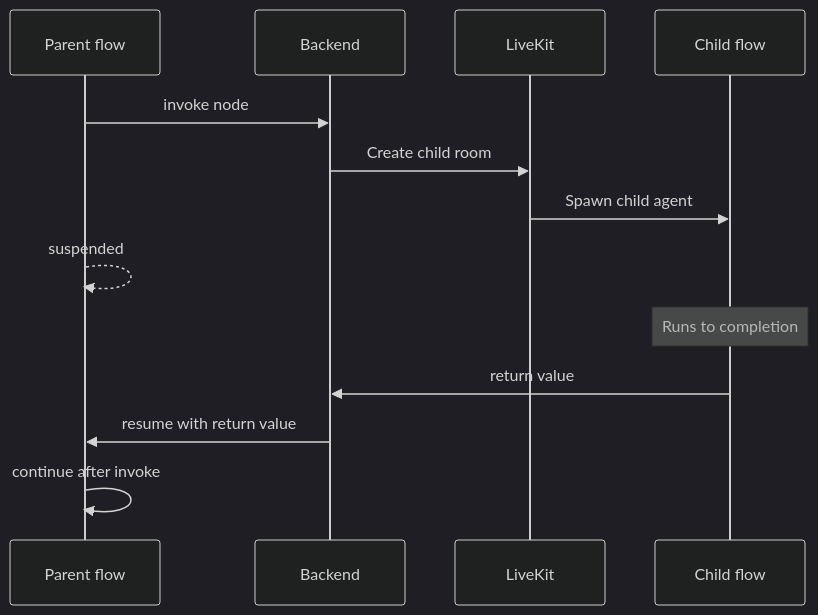
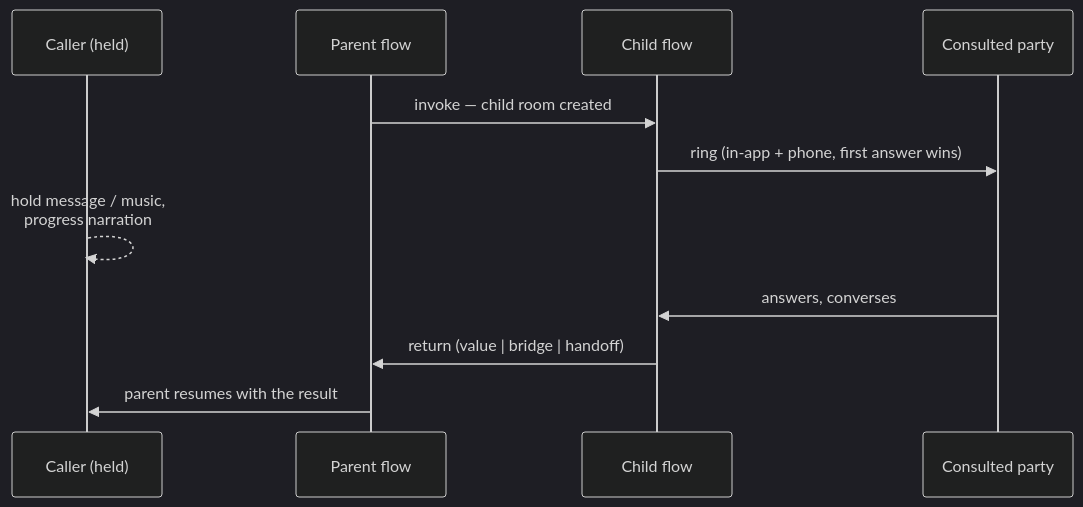
One commit to Aico-Systems/docs changed the third of 4 diagrams in platform/flows.mdx. Above: the diagram before and after it, drawn with Mermaid (dark theme). The commit also changed other lines of this file and 10 other files, not shown here.

````diff
--- a/platform/flows.mdx
+++ b/platform/flows.mdx
@@ -102,16 +114,14 @@
 ```mermaid
 sequenceDiagram
+    participant Caller as Caller (held)
     participant P as Parent flow
-    participant BE as Backend
-    participant LK as LiveKit
     participant C as Child flow
+    participant T as Consulted party
 
-    P->>BE: invoke node
-    BE->>LK: Create child room
-    LK->>C: Spawn child agent
-    P-->>P: suspended
-    Note over C: Runs to completion
-    C->>BE: return value
-    BE->>P: resume with return value
-    P->>P: continue after invoke
+    P->>C: invoke — child room created
+    C->>T: ring (in-app + phone, first answer wins)
+    Caller-->>Caller: hold message / music,<br/>progress narration
+    T->>C: answers, converses
+    C->>P: return (value | bridge | handoff)
+    P->>Caller: parent resumes with the result
 ```
````
